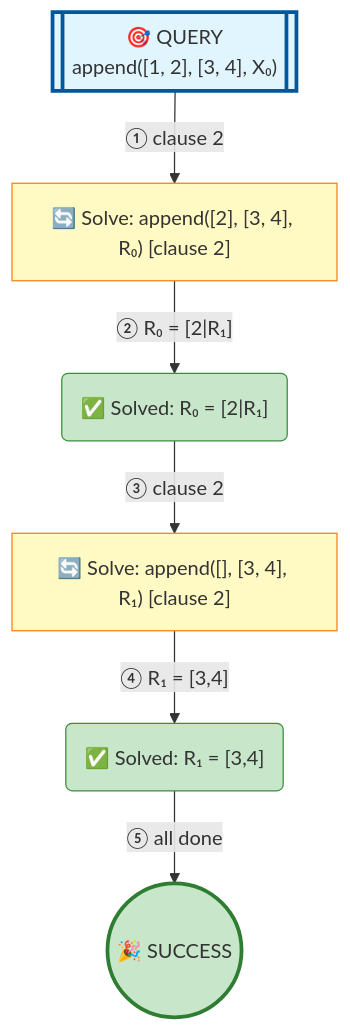
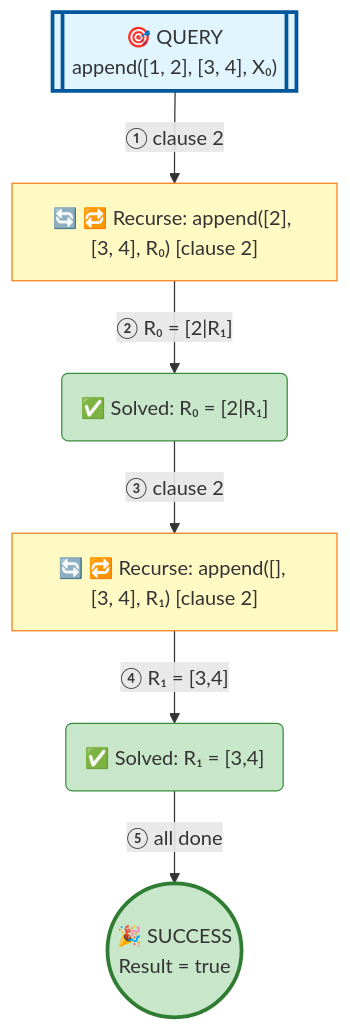
One commit to jarecsni/prolog-trace-viz changed the diagram in examples/append-output.md. Above: the diagram before and after it, drawn with Mermaid. The commit also changed 9 other files, not shown here.

````diff
--- a/examples/append-output.md
+++ b/examples/append-output.md
@@ -11,26 +16,26 @@
 ```mermaid
 graph TD
 
 %% Nodes
 A[["🎯 QUERY<br/>append([1, 2], [3, 4], X₀)"]]
-B["🔄 Solve: append([2], [3, 4], R₀) [clause 2]"]
+B["🔄 🔁 Recurse: append([2], [3, 4], R₀) [clause 2]"]
 C("✅ Solved: R₀ = [2|R₁]")
-D["🔄 Solve: append([], [3, 4], R₁) [clause 2]"]
+D["🔄 🔁 Recurse: append([], [3, 4], R₁) [clause 2]"]
 E("✅ Solved: R₁ = [3,4]")
-F(("🎉 SUCCESS"))
+F(("🎉 SUCCESS<br/>Result = true"))
 
 %% Edges
 A -->|"① clause 2"| B
 B -->|"② R₀ = [2|R₁]"| C
 C -->|"③ clause 2"| D
 D -->|"④ R₁ = [3,4]"| E
 E -->|"⑤ all done"| F
 
 %% Styles
 style A fill:#e1f5ff,stroke:#01579b,stroke-width:3px
 style B fill:#fff9c4,stroke:#f57f17
 style C fill:#c8e6c9,stroke:#388e3c
 style D fill:#fff9c4,stroke:#f57f17
 style E fill:#c8e6c9,stroke:#388e3c
 style F fill:#c8e6c9,stroke:#2e7d32,stroke-width:3px
 ```
````
